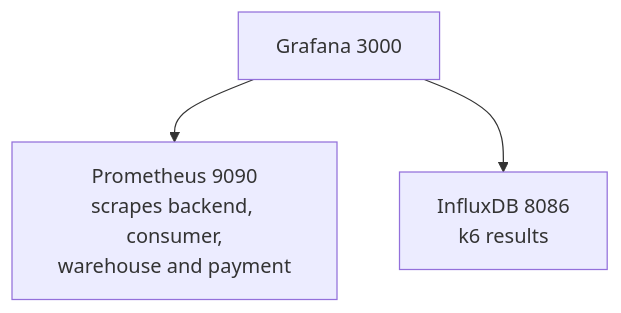
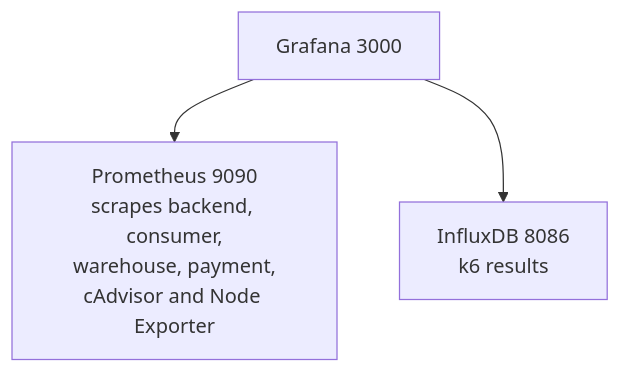
The third of 5 diagrams in docs/PROFILE_URLS.md (slawekradzyminski/awesome-localstack), drawn with Mermaid before and after one commit. The commit also changed other lines of this file and 51 other files, not shown here.

````diff
--- a/docs/PROFILE_URLS.md
+++ b/docs/PROFILE_URLS.md
@@ -78,5 +80,5 @@
 ```mermaid
 flowchart TB
-    GR[Grafana 3000] --> P[Prometheus 9090<br/>scrapes backend, consumer,<br/>warehouse and payment]
+    GR[Grafana 3000] --> P[Prometheus 9090<br/>scrapes backend, consumer,<br/>warehouse, payment,<br/>cAdvisor and Node Exporter]
     GR --> I[InfluxDB 8086<br/>k6 results]
 ```
````
